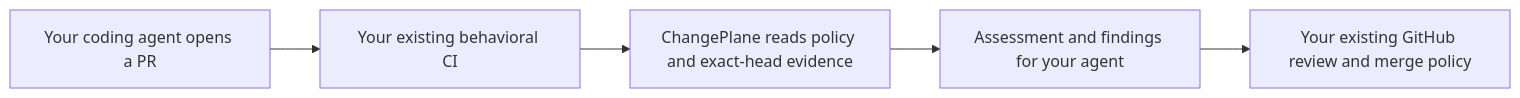
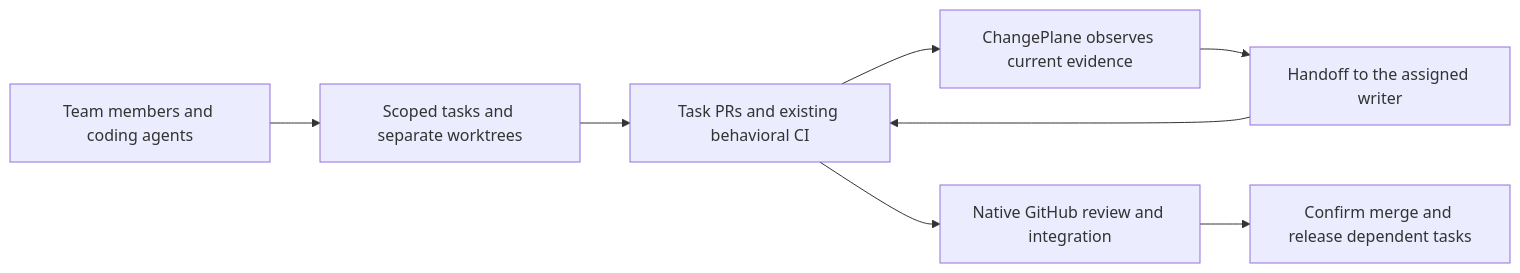
The diagram in README.md (LeChiffreVol2/changeplane), drawn with Mermaid before and after one commit. The commit also changed other lines of this file and 19 other files, not shown here.

First line of the commit message:
Coordinate parallel repository tasks and return CI work to assigned agents (#58)

````diff
--- a/README.md
+++ b/README.md
@@ -44,7 +46,10 @@
 ```mermaid
 flowchart LR
-  A[Your coding agent opens a PR] --> B[Your existing behavioral CI]
-  B --> C[ChangePlane reads policy and exact-head evidence]
-  C --> D[Assessment and findings for your agent]
-  D --> E[Your existing GitHub review and merge policy]
+  A[Team members and coding agents] --> B[Scoped tasks and separate worktrees]
+  B --> C[Task PRs and existing behavioral CI]
+  C --> D[ChangePlane observes current evidence]
+  D --> E[Handoff to the assigned writer]
+  E --> C
+  C --> F[Native GitHub review and integration]
+  F --> G[Confirm merge and release dependent tasks]
 ```
````
